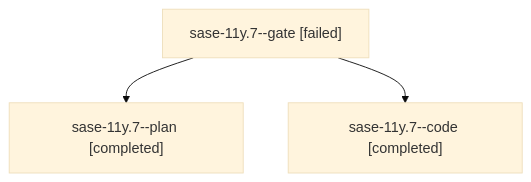
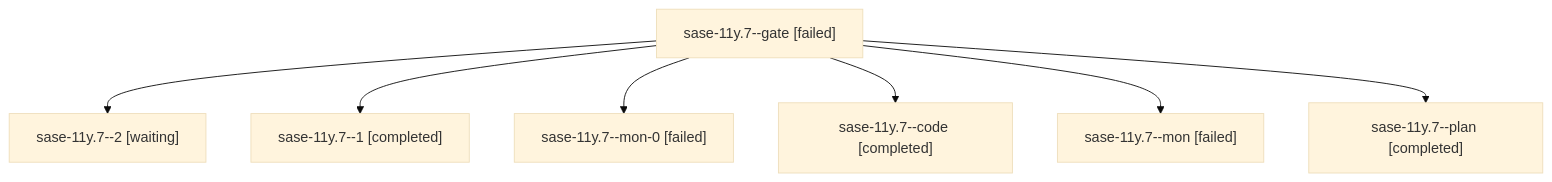
Before and after one commit to sase-org/sase--agents: the diagram in families/bbugyi200.athena.sase-11y.7.md, drawn with Mermaid (base theme). The commit also changed other lines of this file and 676 other files, not shown here.

````diff
--- a/families/bbugyi200.athena.sase-11y.7.md
+++ b/families/bbugyi200.athena.sase-11y.7.md
@@ -9,8 +9,16 @@
 ```mermaid
 flowchart TD
   n0["sase-11y.7--gate [failed]"]
-  n1["sase-11y.7--plan [completed]"]
+  n1["sase-11y.7--2 [waiting]"]
   n0 --> n1
-  n2["sase-11y.7--code [completed]"]
+  n2["sase-11y.7--1 [completed]"]
   n0 --> n2
+  n3["sase-11y.7--mon-0 [failed]"]
+  n0 --> n3
+  n4["sase-11y.7--code [completed]"]
+  n0 --> n4
+  n5["sase-11y.7--mon [failed]"]
+  n0 --> n5
+  n6["sase-11y.7--plan [completed]"]
+  n0 --> n6
 ```
````
